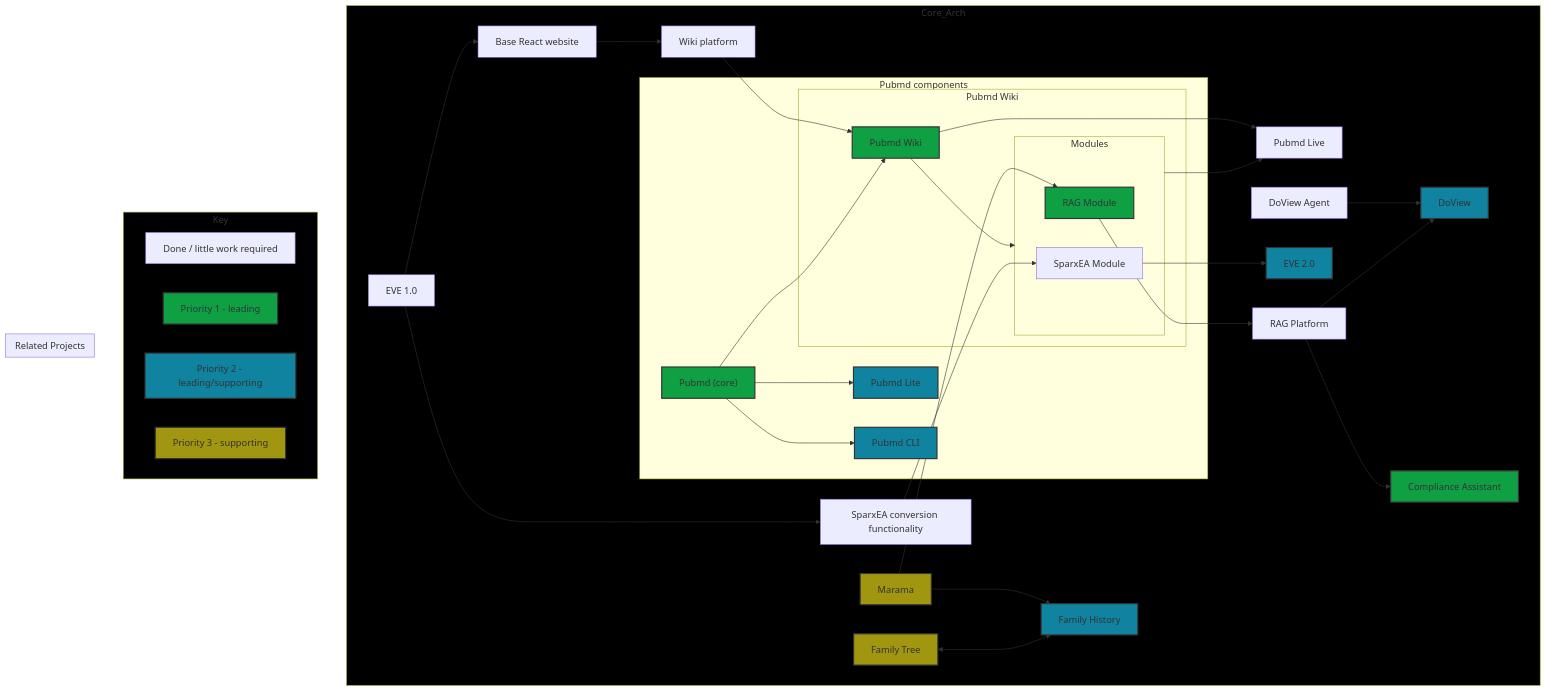
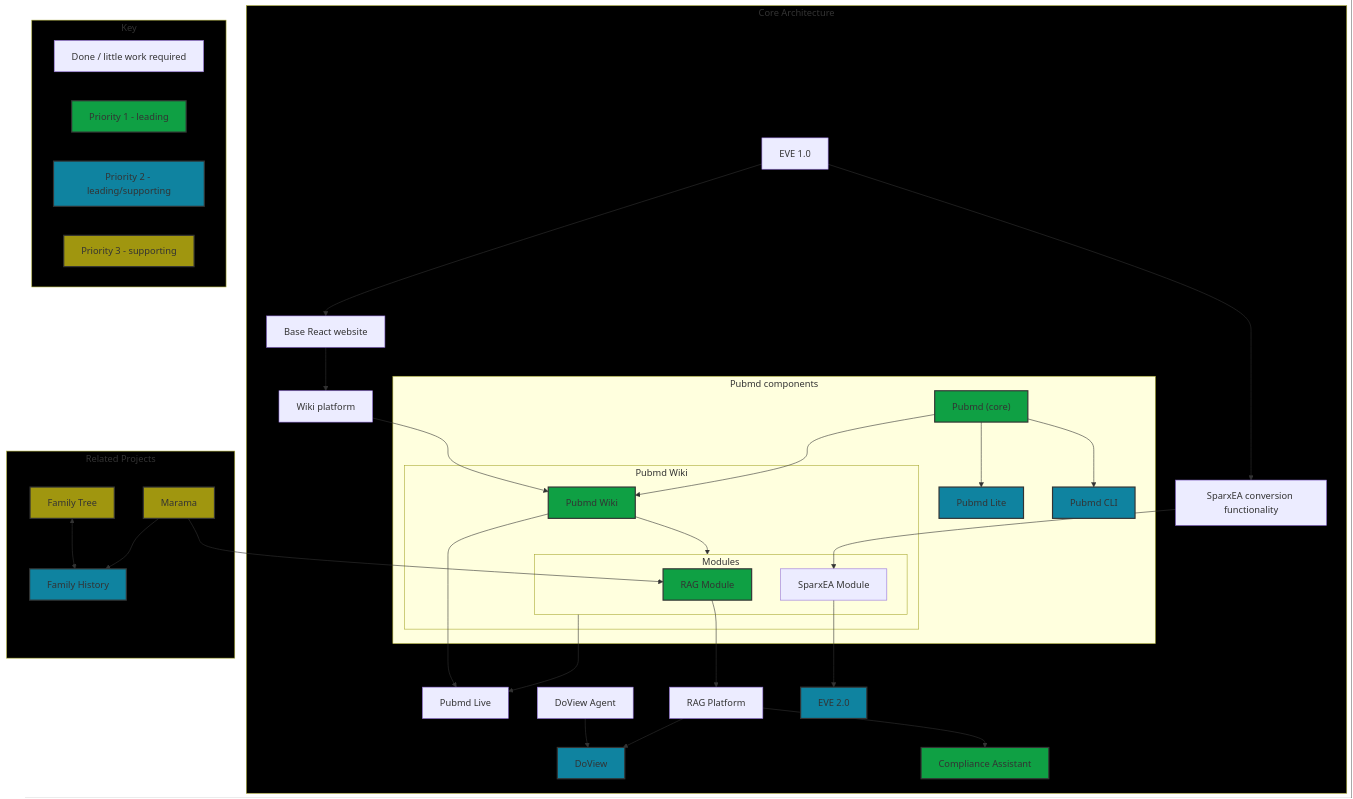
The diagram in scratch_space/vision_and_overview.md (cgbarlow/pubmd), drawn with Mermaid before and after one commit. The commit also changed other lines of this file, not shown here.

````diff
--- a/scratch_space/vision_and_overview.md
+++ b/scratch_space/vision_and_overview.md
@@ -4,6 +4,6 @@
 ```mermaid
 graph TD;
-    subgraph "Core_Arch"
+    subgraph Core_Arch["Core Architecture"]
         Eve1["EVE 1.0"]
         BaseReact["Base React website"]
         SparxConv["SparxEA conversion functionality"]
@@ -53,9 +53,6 @@
         RAGPlatform --> DoView
         RAGPlatform --> ComplianceApp
 
-        Marama --> RAGMod
-        Marama --> FamilyHistory
-        FamilyTree <--> FamilyHistory
     end
 
     subgraph "Key"
@@ -66,15 +63,20 @@
         Priority3["Priority 3 - supporting"]
     end
 
-    subgraph "Related Projects"
-        Marama["Marama"]
+    subgraph Related["Related Projects"]
         FamilyTree["Family Tree"]
         FamilyHistory["Family History"]
+        Marama["Marama"]
+
+        FamilyTree <--> FamilyHistory
+        Marama --> RAGMod
+        Marama --> FamilyHistory
     end
 
     %% Styling
     style Key fill:#000000
     style Core_Arch fill:#000000
+    style Related fill:#000000
     
     style Priority1 fill:#0fa044,stroke:#333,stroke-width:2px,color:#333
     style Priority2 fill:#0f83a0,stroke:#333,stroke-width:2px,color:#333
````
